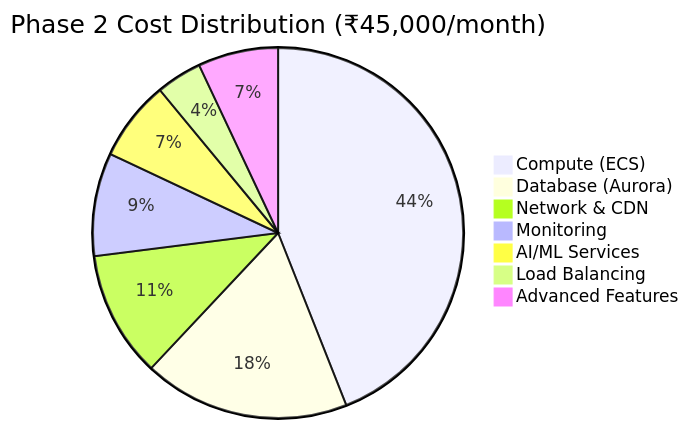
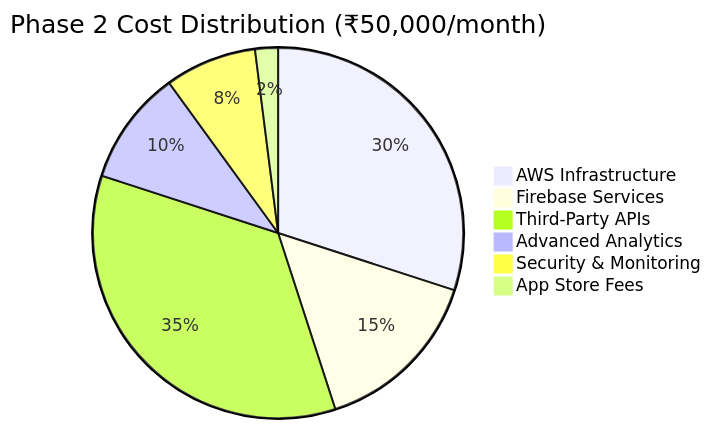
One commit to manizvlabs/agentmitra changed diagram 15 of 16 in discovery/deployment/deployment-design.md. Above: the diagram before and after it, drawn with Mermaid. The commit also changed other lines of this file, not shown here.

First line of the commit message:
refactor: unify backend architecture - remove Node.js backend, keep React frontend

````diff
--- a/discovery/deployment/deployment-design.md
+++ b/discovery/deployment/deployment-design.md
@@ -2039,10 +2809,9 @@
 ```mermaid
-pie title Phase 2 Cost Distribution (₹45,000/month)
-    "Compute (ECS)" : 44
-    "Database (Aurora)" : 18
-    "Network & CDN" : 11
-    "Monitoring" : 9
-    "AI/ML Services" : 7
-    "Load Balancing" : 4
-    "Advanced Features" : 7
+pie title Phase 2 Cost Distribution (₹50,000/month)
+    "AWS Infrastructure" : 30
+    "Firebase Services" : 15
+    "Third-Party APIs" : 35
+    "Advanced Analytics" : 10
+    "Security & Monitoring" : 8
+    "App Store Fees" : 2
 ```
````
